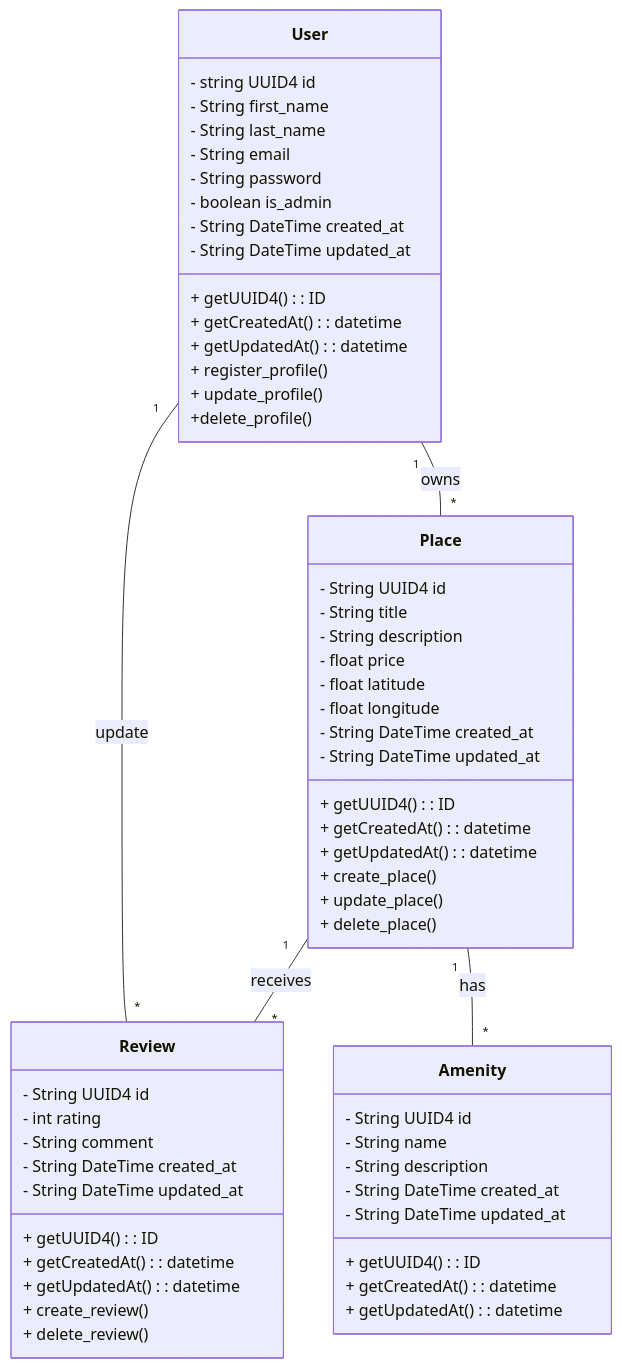
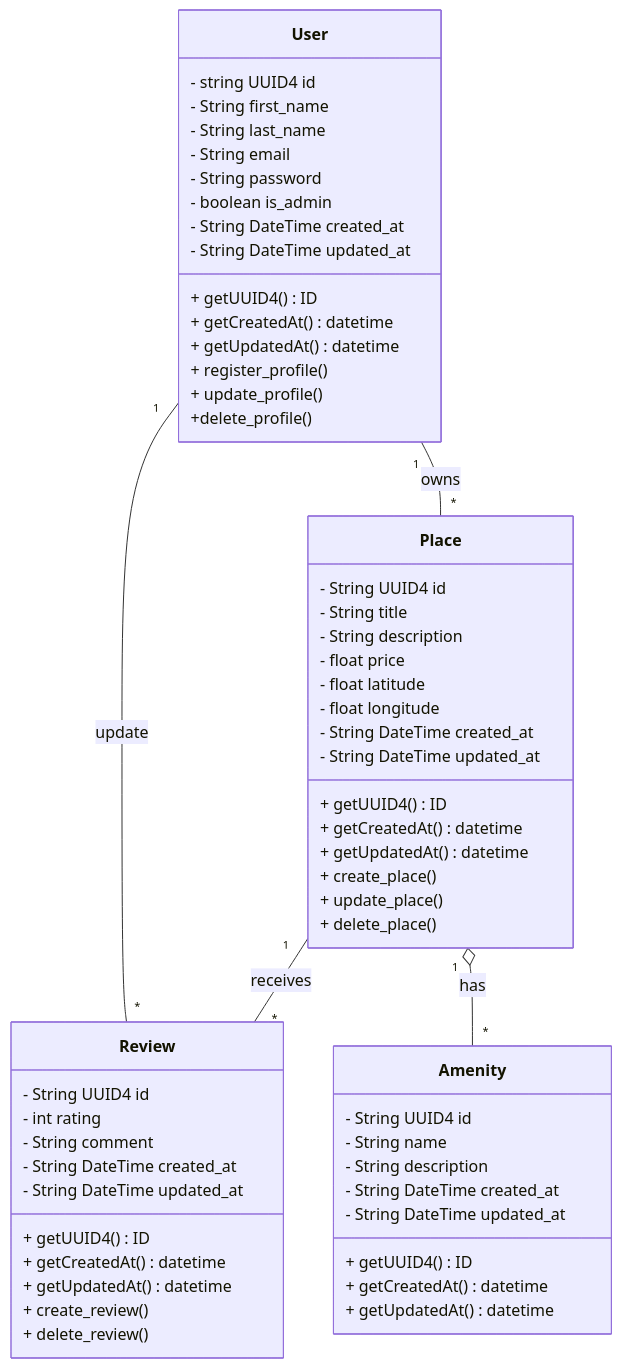
One commit to SDINAHET/HBnB changed the third of 7 diagrams in Part1_UML/README.md. Above: the diagram before and after it, drawn with Mermaid.

Commit message:
update class diagram

````diff
--- a/Part1_UML/README.md
+++ b/Part1_UML/README.md
@@ -66,65 +66,65 @@
 ```mermaid
 classDiagram
     class User {
         - string UUID4 id
         - String first_name
         - String last_name
         - String email
         - String password
         - boolean is_admin
         - String DateTime created_at
         - String DateTime updated_at
-        + getUUID4(): ID
-        + getCreatedAt(): datetime
-        + getUpdatedAt(): datetime
+        + getUUID4() ID
+        + getCreatedAt() datetime
+        + getUpdatedAt() datetime
         + register_profile()
         + update_profile()
 		+delete_profile()
     }
 
     class Place {
         - String UUID4 id
         - String title
         - String description
         - float price
         - float latitude
         - float longitude
         - String DateTime created_at
         - String DateTime updated_at
-        + getUUID4(): ID
-        + getCreatedAt(): datetime
-        + getUpdatedAt(): datetime
+        + getUUID4() ID
+        + getCreatedAt() datetime
+        + getUpdatedAt() datetime
         + create_place()
         + update_place()
         + delete_place()
     }
 
     class Review {
         - String UUID4 id
         - int rating
         - String comment
         - String DateTime created_at
         - String DateTime updated_at
-        + getUUID4(): ID
-        + getCreatedAt(): datetime
-        + getUpdatedAt(): datetime
+        + getUUID4() ID
+        + getCreatedAt() datetime
+        + getUpdatedAt() datetime
         + create_review()
         + delete_review()
     }
 
     class Amenity {
         - String UUID4 id
         - String name
         - String description
         - String DateTime created_at
         - String DateTime updated_at
-        + getUUID4(): ID
-        + getCreatedAt(): datetime
-        + getUpdatedAt(): datetime
+        + getUUID4() ID
+        + getCreatedAt() datetime
+        + getUpdatedAt() datetime
     }
 
     User "1" -- "*" Place : owns
     User "1" -- "*" Review : update
     Place "1" -- "*" Review : receives
-    Place "1" -- "*" Amenity : has
+    Place "1" o-- "*" Amenity : has
 ```
````
